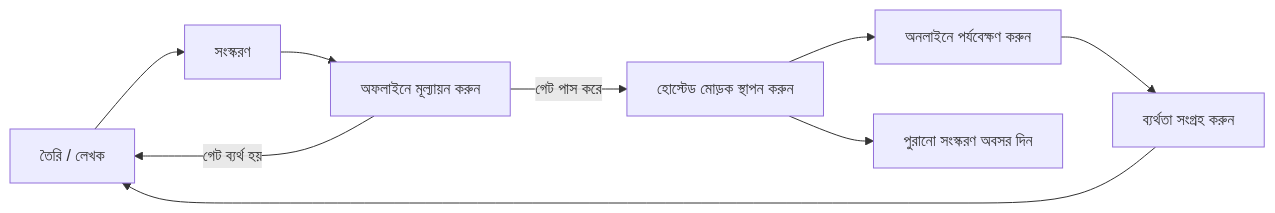
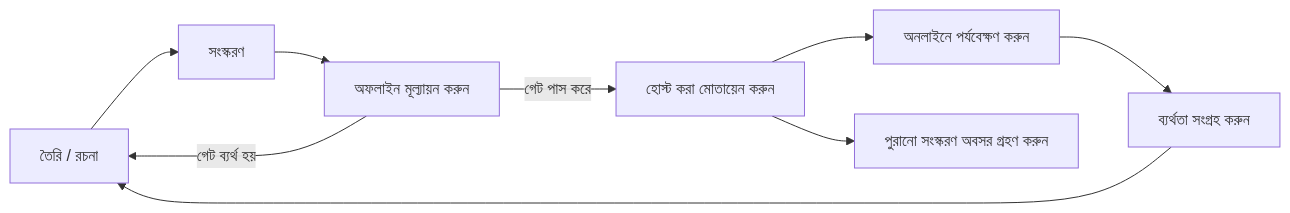
One commit to gabrielmoreira/agent-skills-mirror changed the second of 4 diagrams in mirrors/repos/microsoft@ai-agents-for-beginners/translations/bn/16-deploying-scalable-agents/README.md. Above: the diagram before and after it, drawn with Mermaid. The commit also changed other lines of this file and 4262 other files, not shown here.

````diff
--- a/mirrors/repos/microsoft@ai-agents-for-beginners/translations/bn/16-deploying-scalable-agents/README.md
+++ b/mirrors/repos/microsoft@ai-agents-for-beginners/translations/bn/16-deploying-scalable-agents/README.md
@@ -108,11 +108,11 @@
 ```mermaid
 flowchart LR
-    Create[তৈরি / লেখক] --> Version[সংস্করণ]
-    Version --> Evaluate[অফলাইনে মূল্যায়ন করুন]
-    Evaluate -->|গেট পাস করে| Deploy[হোস্টেড মোড়ক স্থাপন করুন]
+    Create[তৈরি / রচনা] --> Version[সংস্করণ]
+    Version --> Evaluate[অফলাইন মূল্যায়ন করুন]
+    Evaluate -->|গেট পাস করে| Deploy[হোস্ট করা মোতায়েন করুন]
     Evaluate -->|গেট ব্যর্থ হয়| Create
     Deploy --> Observe[অনলাইনে পর্যবেক্ষণ করুন]
     Observe --> Improve[ব্যর্থতা সংগ্রহ করুন]
     Improve --> Create
-    Deploy --> Retire[পুরানো সংস্করণ অবসর দিন]
+    Deploy --> Retire[পুরানো সংস্করণ অবসর গ্রহণ করুন]
 ```
````
